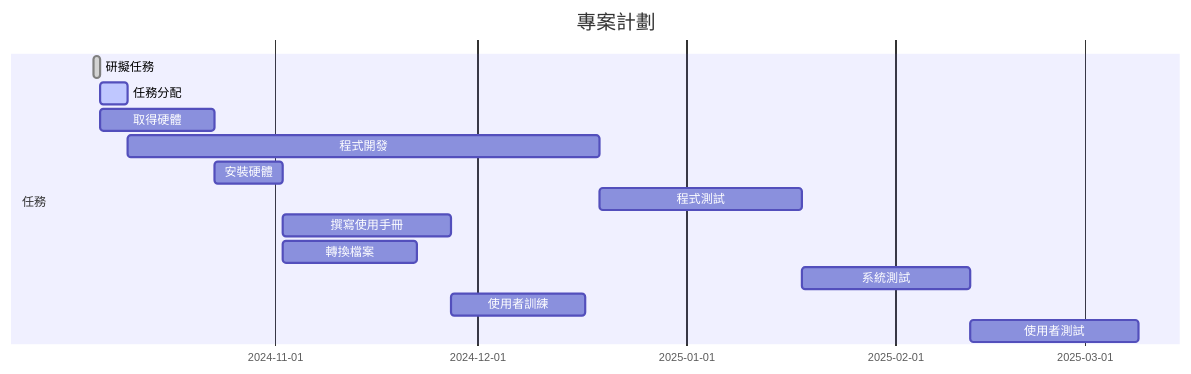
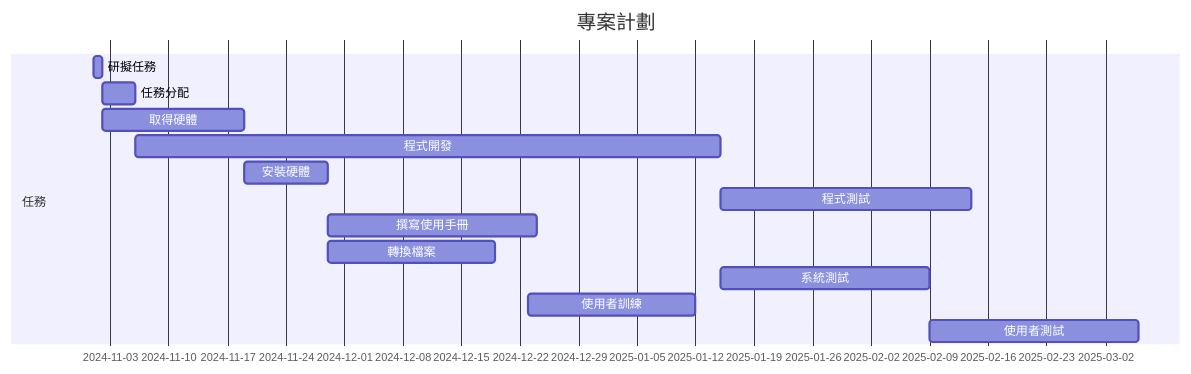
One commit to Magnifier030/113-1B changed the second of 3 diagrams in hw2.md. Above: the diagram before and after it, drawn with Mermaid. The commit also changed other lines of this file, not shown here.

````diff
--- a/hw2.md
+++ b/hw2.md
@@ -38,17 +38,17 @@
 ``` mermaid
 gantt
     title 專案計劃
     dateFormat  YYYY-MM-DD
     section 任務
-    研擬任務          :done,    des1, 2024-10-05, 1d
-    任務分配          :active,  des2, after des1, 4d
-    取得硬體          :         des3, after des1, 17d
-    程式開發          :         des4, after des2, 70d
-    安裝硬體          :         des5, after des3, 10d
-    程式測試          :         des6, after des4, 30d
-    撰寫使用手冊      :         des7, after des5, 25d
-    轉換檔案          :         des8, after des5, 20d
-    系統測試          :         des9, after des6, 25d
-    使用者訓練        :         des10, after des7, 20d
-    使用者測試        :         des11, after des9, 25d
+    研擬任務          :         des1, 2024-11-01, 1d
+    任務分配          :         des2, 2024-11-02, 4d
+    取得硬體          :         des3, 2024-11-02, 17d
+    程式開發          :         des4, 2024-11-06, 70d
+    安裝硬體          :         des5, 2024-11-19, 10d
+    程式測試          :         des6, 2025-01-15, 30d
+    撰寫使用手冊      :         des7, 2024-11-29, 25d
+    轉換檔案          :         des8, 2024-11-29, 20d
+    系統測試          :         des9, 2025-01-15, 25d
+    使用者訓練        :         des10, 2024-12-23, 20d
+    使用者測試        :         des11, 2025-02-09, 25d
 ```
````
